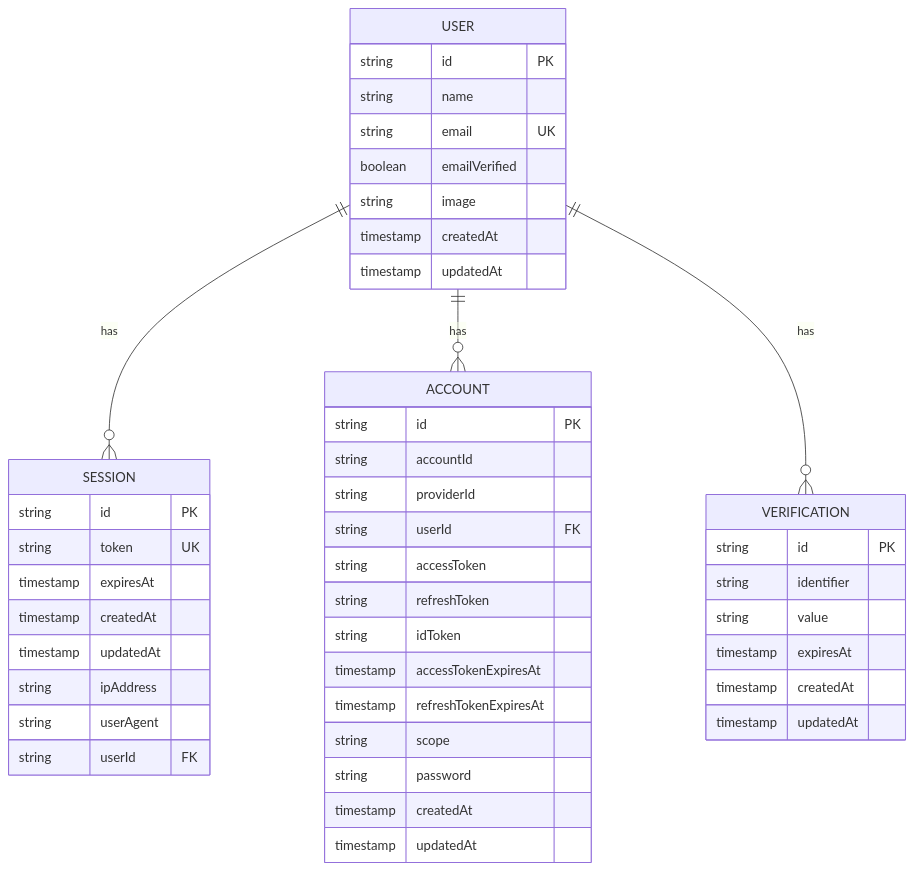
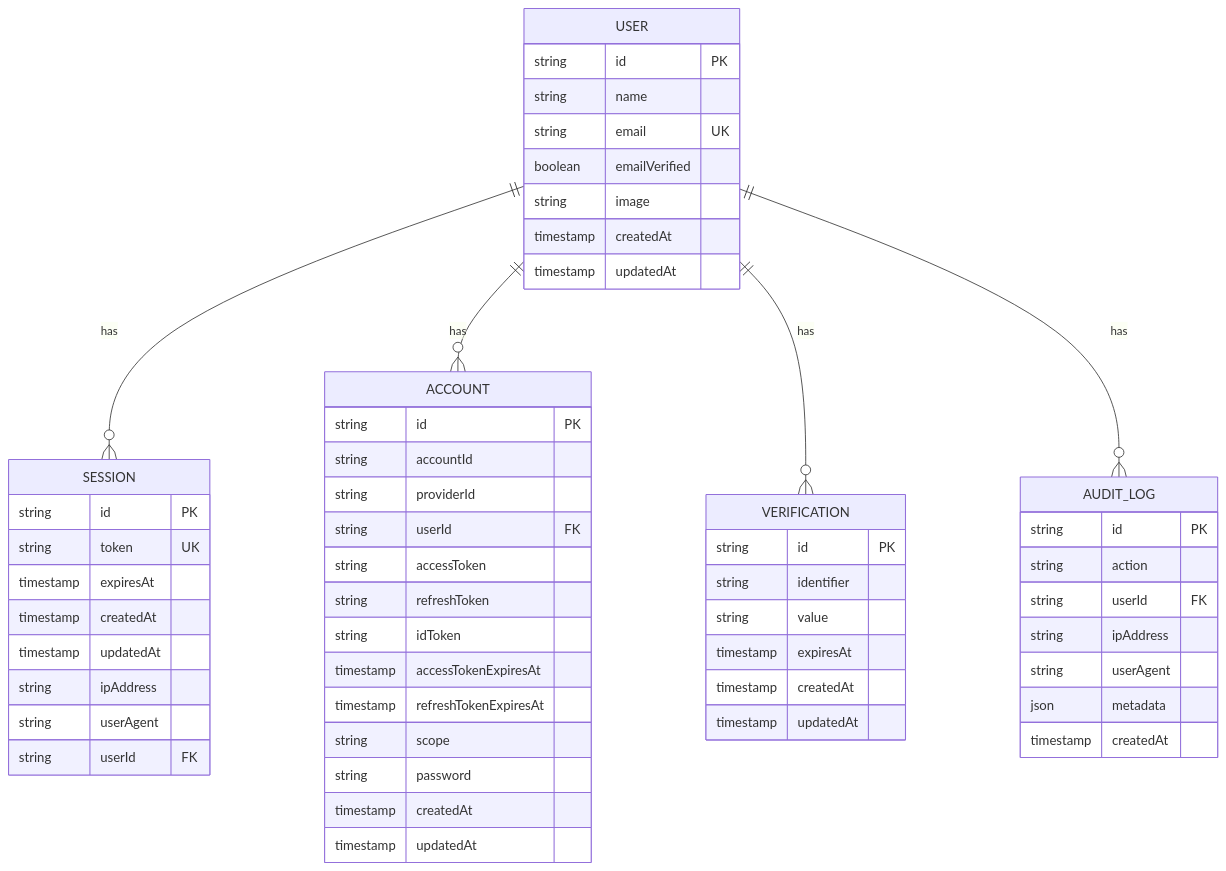
Before and after one commit to PKPL-Pusing-Kurang-Paham-Lurr/tk-2: diagram 15 of 18 in README.md, drawn with Mermaid. The commit also changed other lines of this file and 7 other files, not shown here.

````diff
--- a/README.md
+++ b/README.md
@@ -820,52 +776,63 @@
 ```mermaid
 erDiagram
     USER ||--o{ SESSION : has
     USER ||--o{ ACCOUNT : has
     USER ||--o{ VERIFICATION : has
+    USER ||--o{ AUDIT_LOG : has
 
     USER {
         string id PK
         string name
         string email UK
         boolean emailVerified
         string image
         timestamp createdAt
         timestamp updatedAt
     }
 
     SESSION {
         string id PK
         string token UK
         timestamp expiresAt
         timestamp createdAt
         timestamp updatedAt
         string ipAddress
         string userAgent
         string userId FK
     }
 
     ACCOUNT {
         string id PK
         string accountId
         string providerId
         string userId FK
         string accessToken
         string refreshToken
         string idToken
         timestamp accessTokenExpiresAt
         timestamp refreshTokenExpiresAt
         string scope
         string password
         timestamp createdAt
         timestamp updatedAt
     }
 
     VERIFICATION {
         string id PK
         string identifier
         string value
         timestamp expiresAt
         timestamp createdAt
         timestamp updatedAt
     }
+
+    AUDIT_LOG {
+        string id PK
+        string action
+        string userId FK
+        string ipAddress
+        string userAgent
+        json metadata
+        timestamp createdAt
+    }
 ```
````
